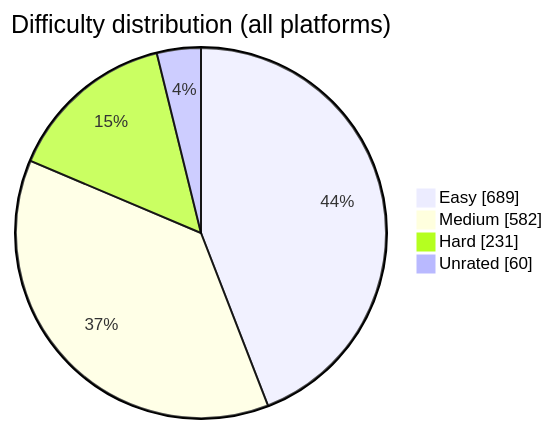
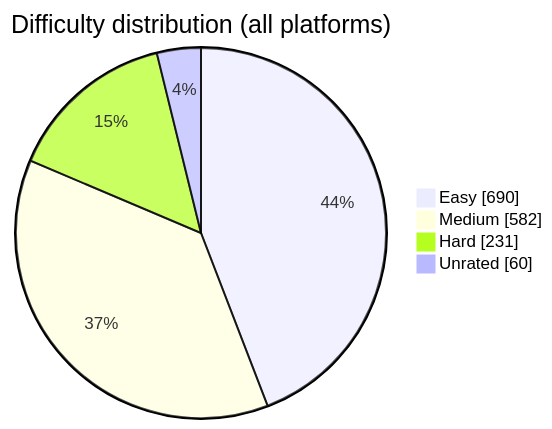
One commit to BuildbyArindam/Daily-Coding-Log changed the diagram in README.md. Above: the diagram before and after it, drawn with Mermaid. The commit also changed other lines of this file, not shown here.

````diff
--- a/README.md
+++ b/README.md
@@ -93,7 +93,7 @@
 ```mermaid
 pie showData title Difficulty distribution (all platforms)
-    "Easy" : 689
+    "Easy" : 690
     "Medium" : 582
     "Hard" : 231
     "Unrated" : 60
 ```
````
